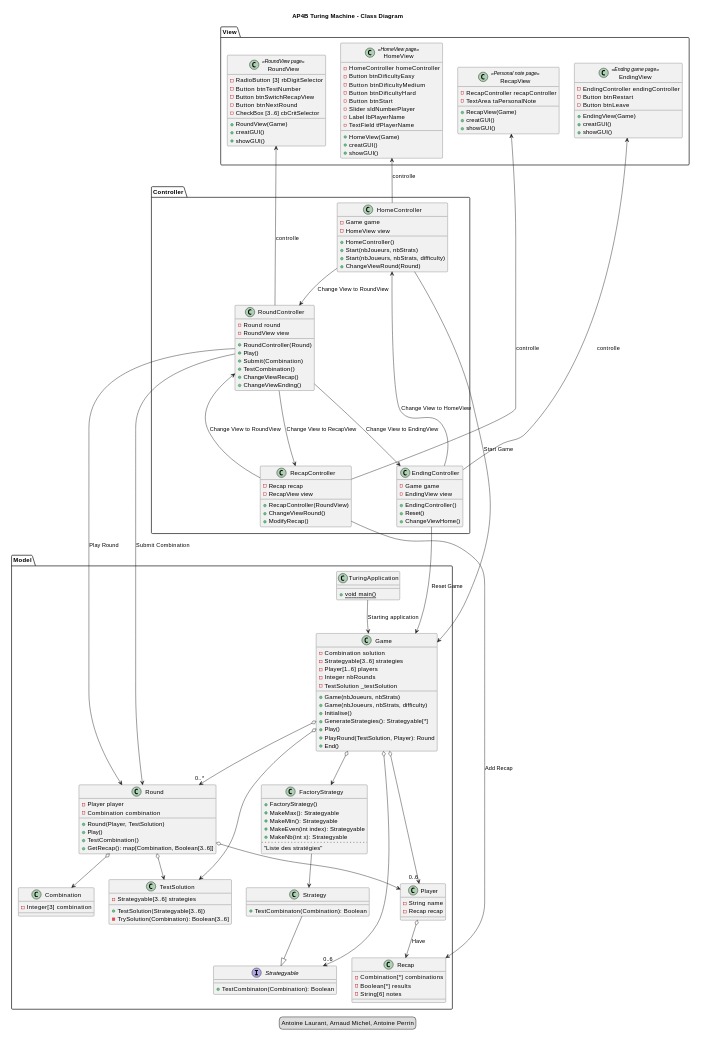
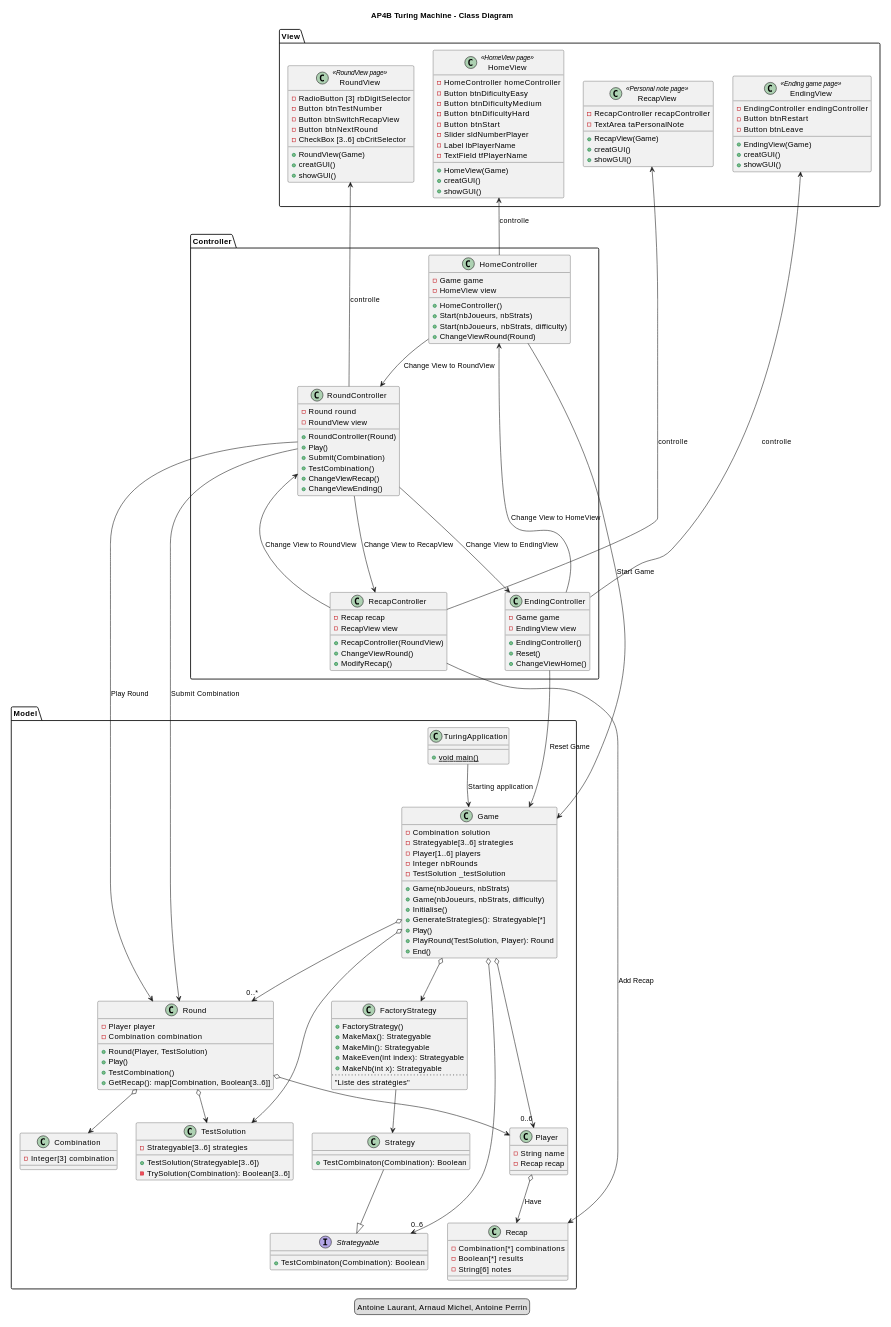
Before and after one commit to Earth-Wind-and-Fire/AP4B_Report: the diagram in Writerside/topics/Diagramme-de-Classe.md, drawn with PlantUML. The commit also changed 3 other files, not shown here.

First line of the commit message:
Adjust PlantUML diagram scaling for better readability.

````diff
--- a/Writerside/topics/Diagramme-de-Classe.md
+++ b/Writerside/topics/Diagramme-de-Classe.md
@@ -20,7 +20,7 @@
 ```PlantUML
 @startuml
 
-scale 0.39
+scale 0.5
 title AP4B Turing Machine - Class Diagram
 
 
````
